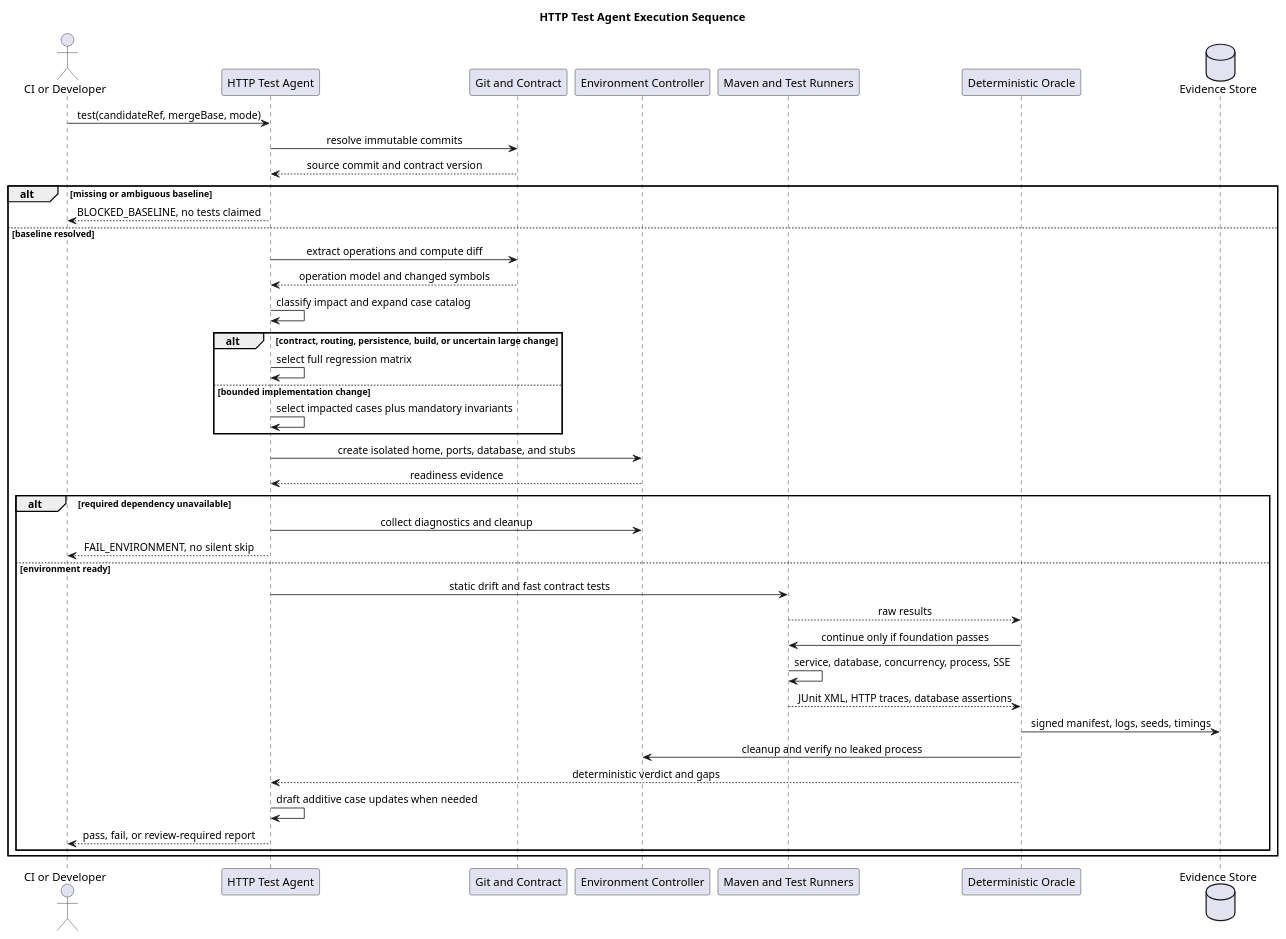
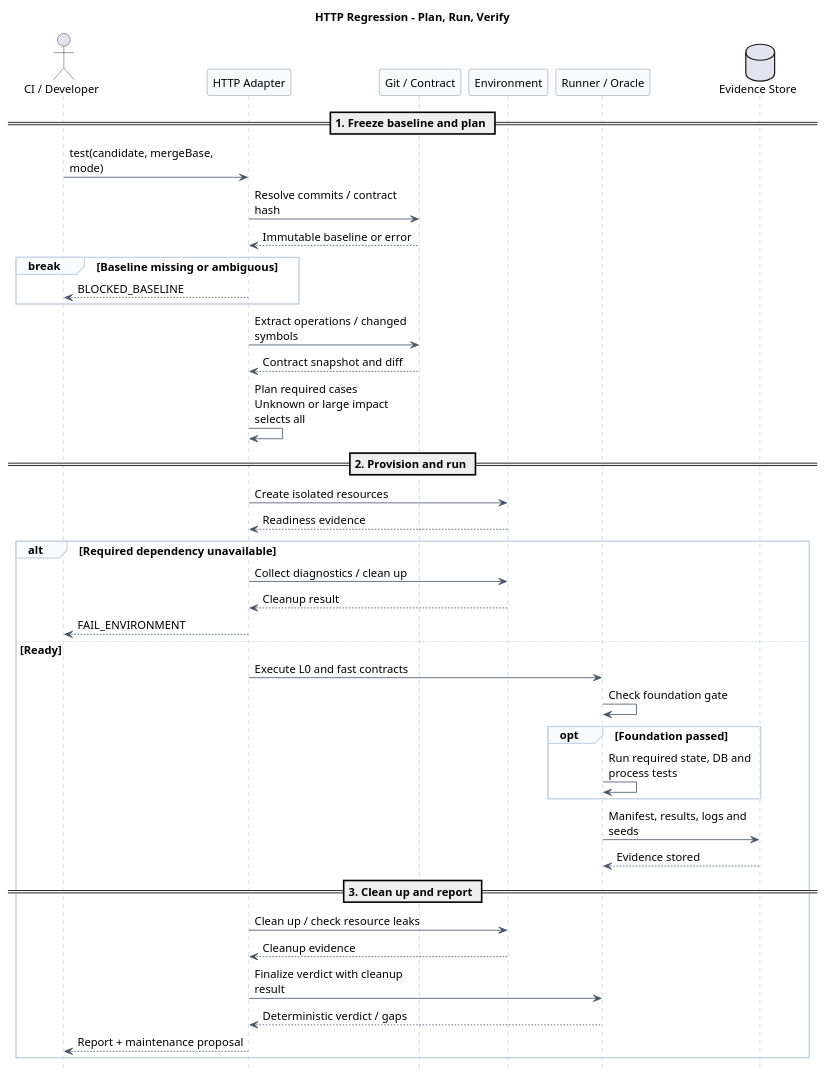
The second of 3 diagrams in 02-服务与接口/04-Runtime-HTTP测试Agent/diagram.puml (ssm0808/pi-mono-java-design), drawn with PlantUML before and after one commit. The commit also changed other lines of this file and 212 other files, not shown here.

Commit message:
docs(design): 精简模块文档并重排全仓设计图

```diff
--- a/02-服务与接口/04-Runtime-HTTP测试Agent/diagram.puml
+++ b/02-服务与接口/04-Runtime-HTTP测试Agent/diagram.puml
@@ -103,56 +80,66 @@
 @startuml http_test_execution_sequence
-title HTTP Test Agent Execution Sequence
-
 ' Source evidence: pi-mono-java commit 1f801dbb82bdda30478e3354e685e3153b179a0c.
 ' CI path: .github/workflows/ci.yml.
 ' Process test path: modules/coding-agent-cli/src/test/java/com/campusclaw/codingagent/runtimeapi/web/RuntimeHttpProcessOpenGaussIT.java.
 ' Observed behavior: integration tests require explicit JAR and OpenGauss properties and can skip when prerequisites are absent.
 ' Design reason: required gates must provision dependencies and fail closed instead of silently skipping.
+' Target-only: recommended test-platform assembly; implementation evidence remains scoped to the baseline.
 
-skinparam backgroundColor #FFFFFF
+skinparam backgroundColor white
 skinparam shadowing false
-skinparam sequenceMessageAlign center
-skinparam DefaultFontName Arial
+skinparam defaultFontName Arial
+skinparam defaultFontSize 14
+skinparam ArrowColor #475569
+hide footbox
+skinparam maxMessageSize 210
+skinparam sequenceMessageAlign left
+skinparam sequence {
+  ParticipantBackgroundColor #F8FAFC
+  ParticipantBorderColor #64748B
+  LifeLineBorderColor #94A3B8
+  GroupBorderColor #CBD5E1
+  GroupBackgroundColor #F8FAFC
+}
+title HTTP Regression - Plan, Run, Verify
+actor "CI / Developer" as Caller
+participant "HTTP Adapter" as Agent
+participant "Git / Contract" as Source
+participant "Environment" as Env
+participant "Runner / Oracle" as Runner
+database "Evidence Store" as Store
 
-actor "CI or Developer" as caller
-participant "HTTP Test Agent" as agent
-participant "Git and Contract" as source
-participant "Environment Controller" as env
-participant "Maven and Test Runners" as runner
-participant "Deterministic Oracle" as oracle
-database "Evidence Store" as store
+== 1. Freeze baseline and plan ==
+Caller -> Agent : test(candidate, mergeBase, mode)
+Agent -> Source : Resolve commits / contract hash
+Source --> Agent : Immutable baseline or error
+break Baseline missing or ambiguous
+  Agent --> Caller : BLOCKED_BASELINE
+end
+Agent -> Source : Extract operations / changed symbols
+Source --> Agent : Contract snapshot and diff
+Agent -> Agent : Plan required cases\nUnknown or large impact selects all
 
-caller -> agent : test(candidateRef, mergeBase, mode)
-agent -> source : resolve immutable commits
-source --> agent : source commit and contract version
+== 2. Provision and run ==
+Agent -> Env : Create isolated resources
+Env --> Agent : Readiness evidence
+alt Required dependency unavailable
+  Agent -> Env : Collect diagnostics / clean up
+  Env --> Agent : Cleanup result
+  Agent --> Caller : FAIL_ENVIRONMENT
+else Ready
+  Agent -> Runner : Execute L0 and fast contracts
+  Runner -> Runner : Check foundation gate
+  opt Foundation passed
+    Runner -> Runner : Run required state, DB and process tests
+  end
+  Runner -> Store : Manifest, results, logs and seeds
+  Store --> Runner : Evidence stored
 
-alt missing or ambiguous baseline
-  agent --> caller : BLOCKED_BASELINE, no tests claimed
-else baseline resolved
-  agent -> source : extract operations and compute diff
-  source --> agent : operation model and changed symbols
-  agent -> agent : classify impact and expand case catalog
-  alt contract, routing, persistence, build, or uncertain large change
-    agent -> agent : select full regression matrix
-  else bounded implementation change
-    agent -> agent : select impacted cases plus mandatory invariants
-  end
-  agent -> env : create isolated home, ports, database, and stubs
-  env --> agent : readiness evidence
-  alt required dependency unavailable
-    agent -> env : collect diagnostics and cleanup
-    agent --> caller : FAIL_ENVIRONMENT, no silent skip
-  else environment ready
-    agent -> runner : static drift and fast contract tests
-    runner --> oracle : raw results
-    oracle -> runner : continue only if foundation passes
-    runner -> runner : service, database, concurrency, process, SSE
-    runner --> oracle : JUnit XML, HTTP traces, database assertions
-    oracle -> store : signed manifest, logs, seeds, timings
-    oracle -> env : cleanup and verify no leaked process
-    oracle --> agent : deterministic verdict and gaps
-    agent -> agent : draft additive case updates when needed
-    agent --> caller : pass, fail, or review-required report
-  end
+  == 3. Clean up and report ==
+  Agent -> Env : Clean up / check resource leaks
+  Env --> Agent : Cleanup evidence
+  Agent -> Runner : Finalize verdict with cleanup result
+  Runner --> Agent : Deterministic verdict / gaps
+  Agent --> Caller : Report + maintenance proposal
 end
 @enduml
```
